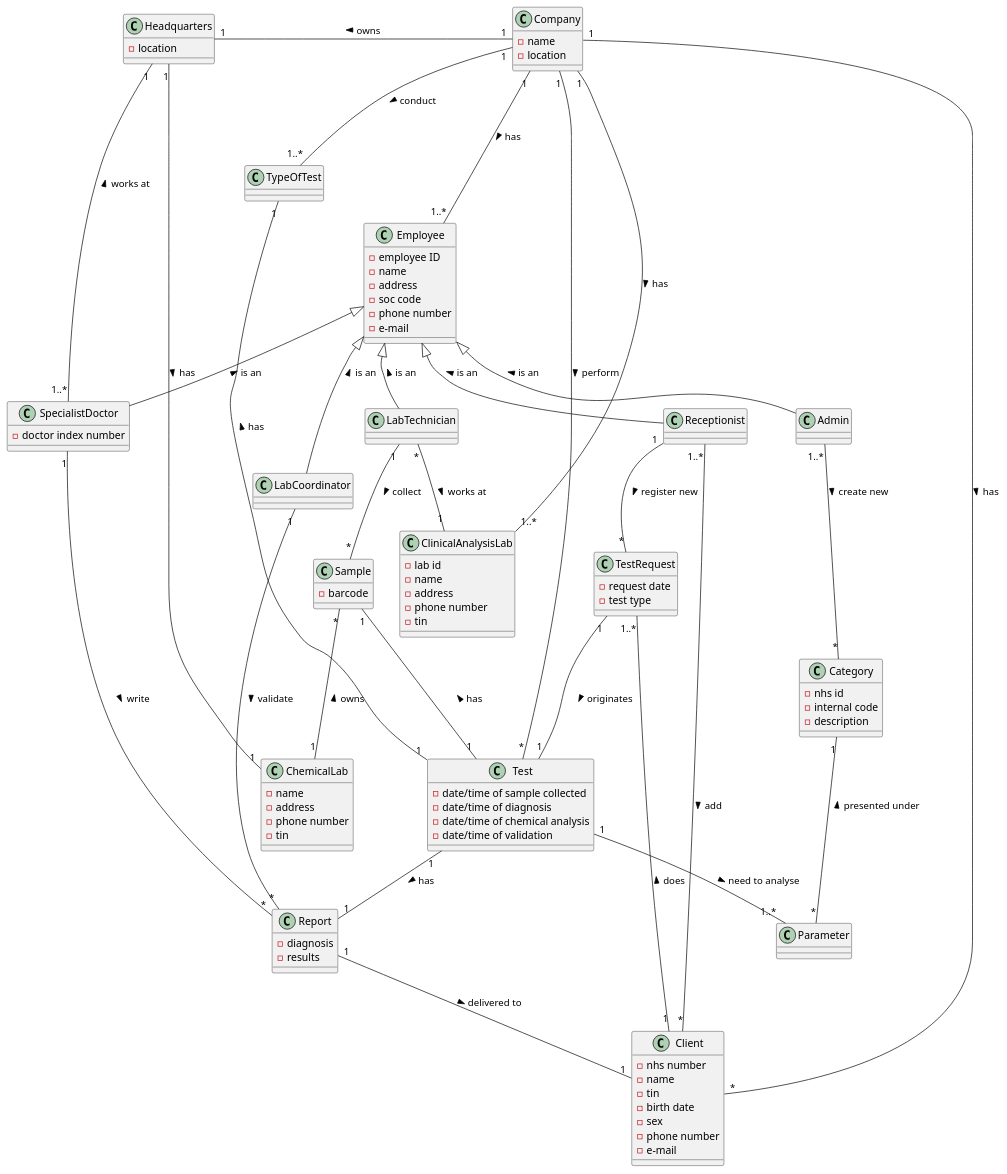
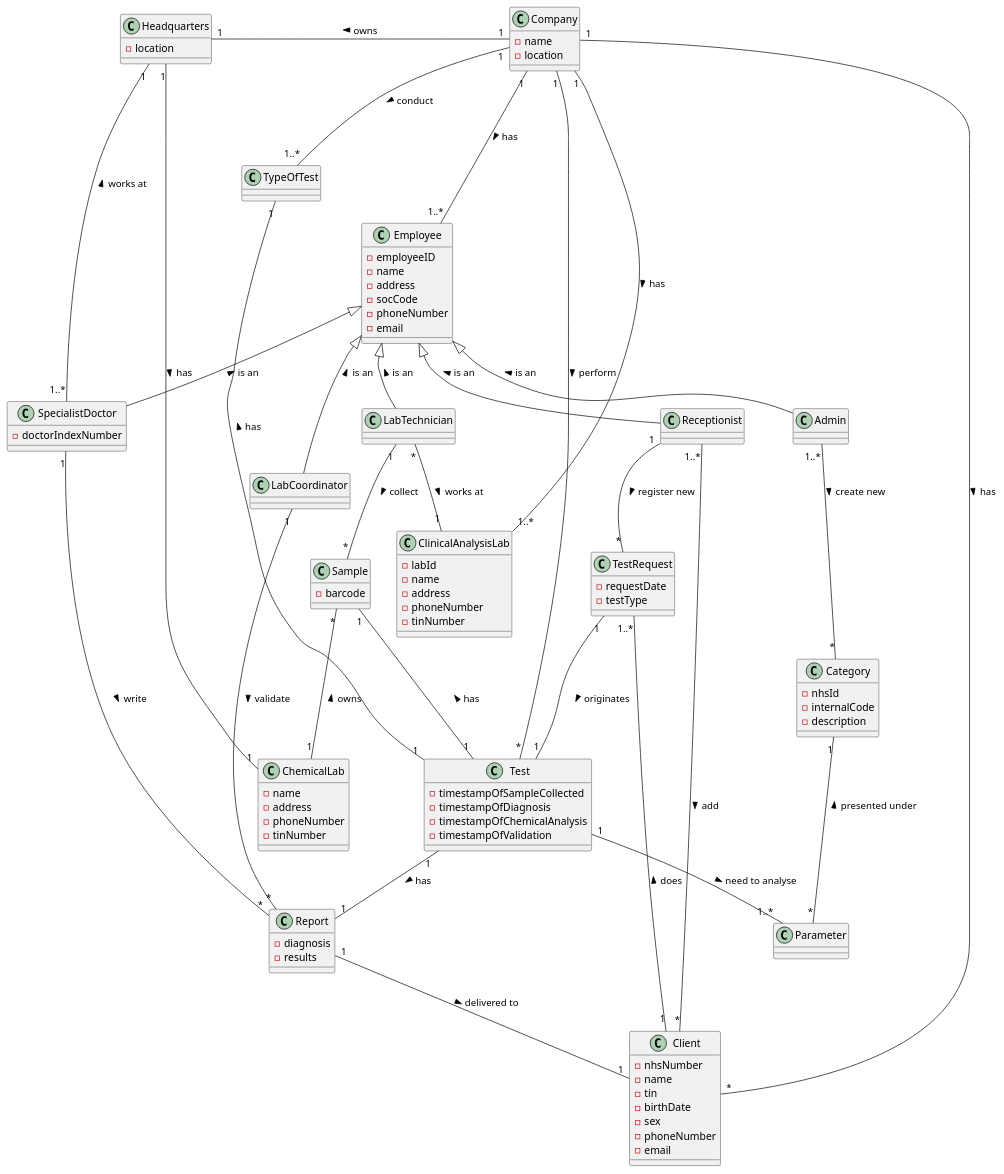
The diagram in docs/SprintA/Domain Model Diagram.puml (GuilhermeCunha79/lapr2), drawn with PlantUML before and after one commit.

Commit message:
Alteração e-mail->email

```diff
--- a/docs/SprintA/Domain Model Diagram.puml
+++ b/docs/SprintA/Domain Model Diagram.puml
@@ -1,116 +1,116 @@
 @startuml
 'https://plantuml.com/sequence-diagram
 
 top to bottom direction
 
 Company"1" --- "1..*"Employee : > has
 Company"1" -- "*"Client : > has
 Company"1" -- "1..*"ClinicalAnalysisLab : > has
 LabTechnician"*" -- "1"ClinicalAnalysisLab : > works at
 Receptionist"1" -- "*"TestRequest : > register new
 
 Headquarters"1" -- "1"ChemicalLab : > has
 Company"1" -left- "1"Headquarters : > owns
 Receptionist"1..*" -- "*"Client : > add
 Employee <|-- LabTechnician : < is an
 Employee <|-- Receptionist : < is an
 Employee <|-- LabCoordinator : < is an
 Employee <|-- Admin : < is an
 Employee <|-- SpecialistDoctor : < is an
 
 Test"1" -- "1"Report : > has
 LabTechnician"1" -- "*"Sample : > collect
 Sample"1" -- "1"Test : < has
 Company"1" -- "1..*"TypeOfTest : > conduct
 Company"1" -- "*"Test : > perform
 TestRequest"1..*" -- "1""Client" : < does
 SpecialistDoctor"1" -- "*"Report : > write
 SpecialistDoctor"1..*" -- "1"Headquarters : > works at
 Report"1" -- "1"Client : > delivered to
 Sample"*" -- "1"ChemicalLab : < owns
 LabCoordinator"1" -- "*"Report : > validate
 
 TestRequest"1" -- "1"Test : > originates
 
 TypeOfTest"1" -- "1""Test" : < has
 
 Admin"1..*" -- "*"Category : > create new
 
 Category"1" -- "*"Parameter : < presented under
 
 Test"1" -- "1..*"Parameter : > need to analyse
 
 class Client{
--nhs number
+-nhsNumber
 -name
 -tin
--birth date
+-birthDate
 -sex
--phone number
--e-mail
+-phoneNumber
+-email
 }
 
 class Sample{
 -barcode
 }
 
 class Report{
 -diagnosis
 -results
 }
 
 class Employee{
--employee ID
+-employeeID
 -name
 -address
--soc code
--phone number
--e-mail
+-socCode
+-phoneNumber
+-email
 }
 
 class ClinicalAnalysisLab{
--lab id
+-labId
 -name
 -address
--phone number
--tin
+-phoneNumber
+-tinNumber
 }
 class ChemicalLab{
 -name
 -address
--phone number
--tin
+-phoneNumber
+-tinNumber
 }
 
 class TestRequest{
--request date
--test type
+-requestDate
+-testType
 }
 
 class Company{
 -name
 -location
 }
 
 class Headquarters{
 -location
 }
 
 class Test{
--date/time of sample collected
--date/time of diagnosis
--date/time of chemical analysis
--date/time of validation
+-timestampOfSampleCollected
+-timestampOfDiagnosis
+-timestampOfChemicalAnalysis
+-timestampOfValidation
 }
 
 class Category{
--nhs id
--internal code
+-nhsId
+-internalCode
 -description
 }
 
 class SpecialistDoctor{
--doctor index number
+-doctorIndexNumber
 }
 
 @enduml
```
